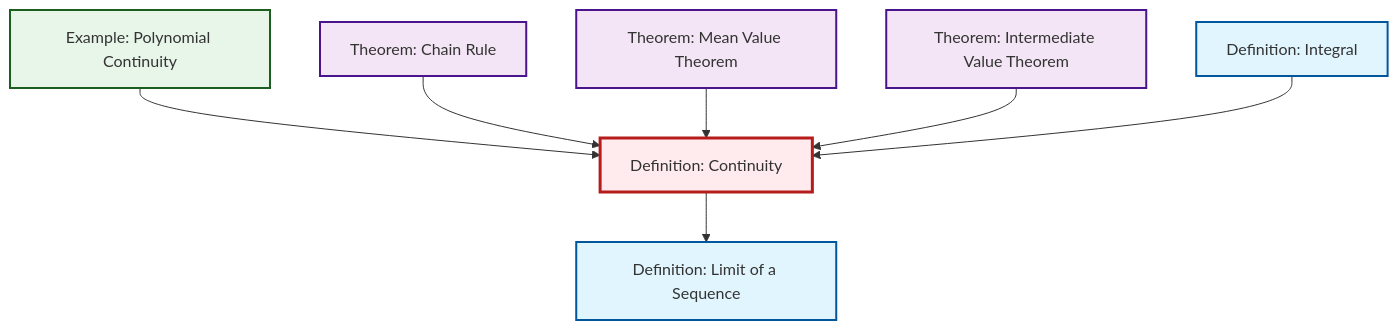
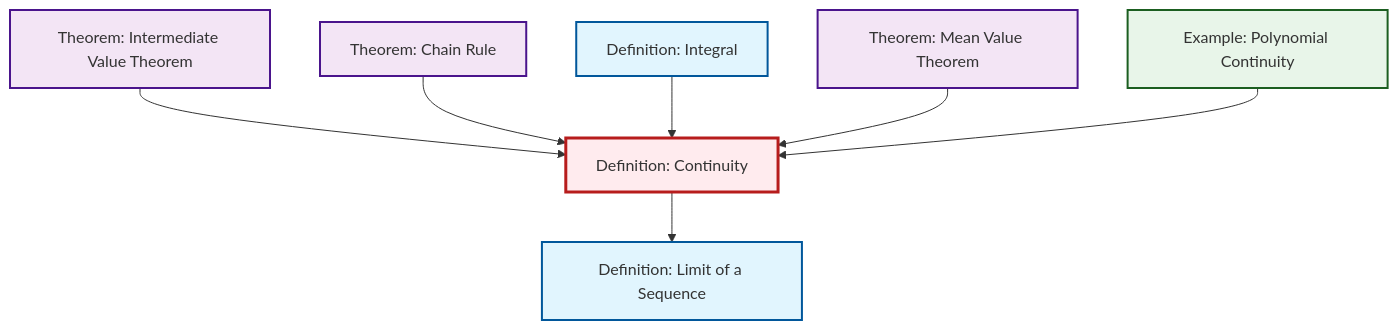
One commit to RK0429/ModernMath changed the diagram in content/ja/analysis/def-continuity.qmd. Above: the diagram before and after it, drawn with Mermaid. The commit also changed other lines of this file and 530 other files, not shown here.

````diff
--- a/content/ja/analysis/def-continuity.qmd
+++ b/content/ja/analysis/def-continuity.qmd
@@ -58,29 +58,29 @@
 ```{mermaid}
 %%| fig-cap: "Local dependency graph"
 graph TD
     classDef definition fill:#e1f5fe,stroke:#01579b,stroke-width:2px
     classDef theorem fill:#f3e5f5,stroke:#4a148c,stroke-width:2px
     classDef axiom fill:#fff3e0,stroke:#e65100,stroke-width:2px
     classDef example fill:#e8f5e9,stroke:#1b5e20,stroke-width:2px
     classDef current fill:#ffebee,stroke:#b71c1c,stroke-width:3px
     thm-chain-rule["Theorem: Chain Rule"]:::theorem
+    thm-intermediate-value["Theorem: Intermediate Value Theorem"]:::theorem
+    ex-polynomial-continuity["Example: Polynomial Continuity"]:::example
     def-integral["Definition: Integral"]:::definition
+    def-limit["Definition: Limit of a Sequence"]:::definition
     def-continuity["Definition: Continuity"]:::definition
     thm-mean-value["Theorem: Mean Value Theorem"]:::theorem
-    ex-polynomial-continuity["Example: Polynomial Continuity"]:::example
-    thm-intermediate-value["Theorem: Intermediate Value Theorem"]:::theorem
-    def-limit["Definition: Limit of a Sequence"]:::definition
+    thm-intermediate-value --> def-continuity
+    thm-chain-rule --> def-continuity
+    def-integral --> def-continuity
+    thm-mean-value --> def-continuity
     ex-polynomial-continuity --> def-continuity
     def-continuity --> def-limit
-    thm-chain-rule --> def-continuity
-    thm-mean-value --> def-continuity
-    thm-intermediate-value --> def-continuity
-    def-integral --> def-continuity
     class def-continuity current
     click thm-chain-rule "thm-chain-rule.html" "Theorem: Chain Ruleへ"
+    click thm-intermediate-value "thm-intermediate-value.html" "Theorem: Intermediate Value Theoremへ"
+    click ex-polynomial-continuity "ex-polynomial-continuity.html" "Example: Polynomial Continuityへ"
     click def-integral "def-integral.html" "Definition: Integralへ"
+    click def-limit "def-limit.html" "Definition: Limit of a Sequenceへ"
     click thm-mean-value "thm-mean-value.html" "Theorem: Mean Value Theoremへ"
-    click ex-polynomial-continuity "ex-polynomial-continuity.html" "Example: Polynomial Continuityへ"
-    click thm-intermediate-value "thm-intermediate-value.html" "Theorem: Intermediate Value Theoremへ"
-    click def-limit "def-limit.html" "Definition: Limit of a Sequenceへ"
 ```
````
